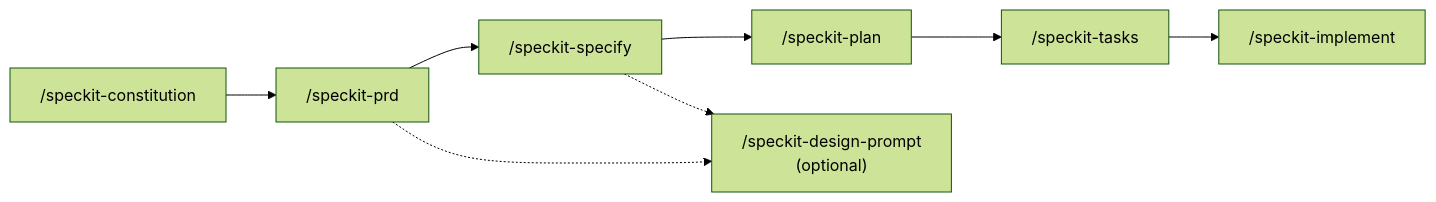
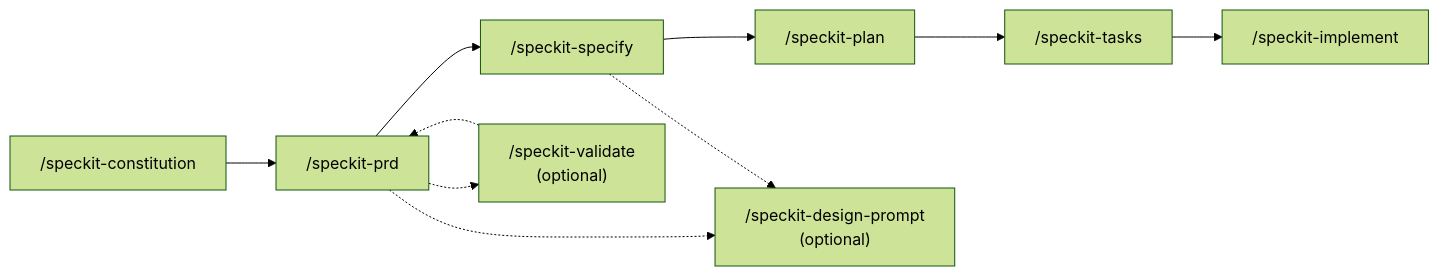
One commit to JxFong1017/hackathon_speckit changed the diagram in README.md. Above: the diagram before and after it, drawn with Mermaid (forest theme). The commit also changed other lines of this file and 5 other files, not shown here.

````diff
--- a/README.md
+++ b/README.md
@@ -30,10 +30,12 @@
 ```mermaid
 flowchart LR
   CON["/speckit-constitution"] --> PRD["/speckit-prd"]
   PRD --> SP["/speckit-specify"]
   SP --> PL["/speckit-plan"]
   PL --> TK["/speckit-tasks"]
   TK --> IM["/speckit-implement"]
+  PRD -.-> VAL["/speckit-validate\n(optional)"]
+  VAL -.-> PRD
   PRD -.-> DP["/speckit-design-prompt\n(optional)"]
   SP -.-> DP
 ```
````
